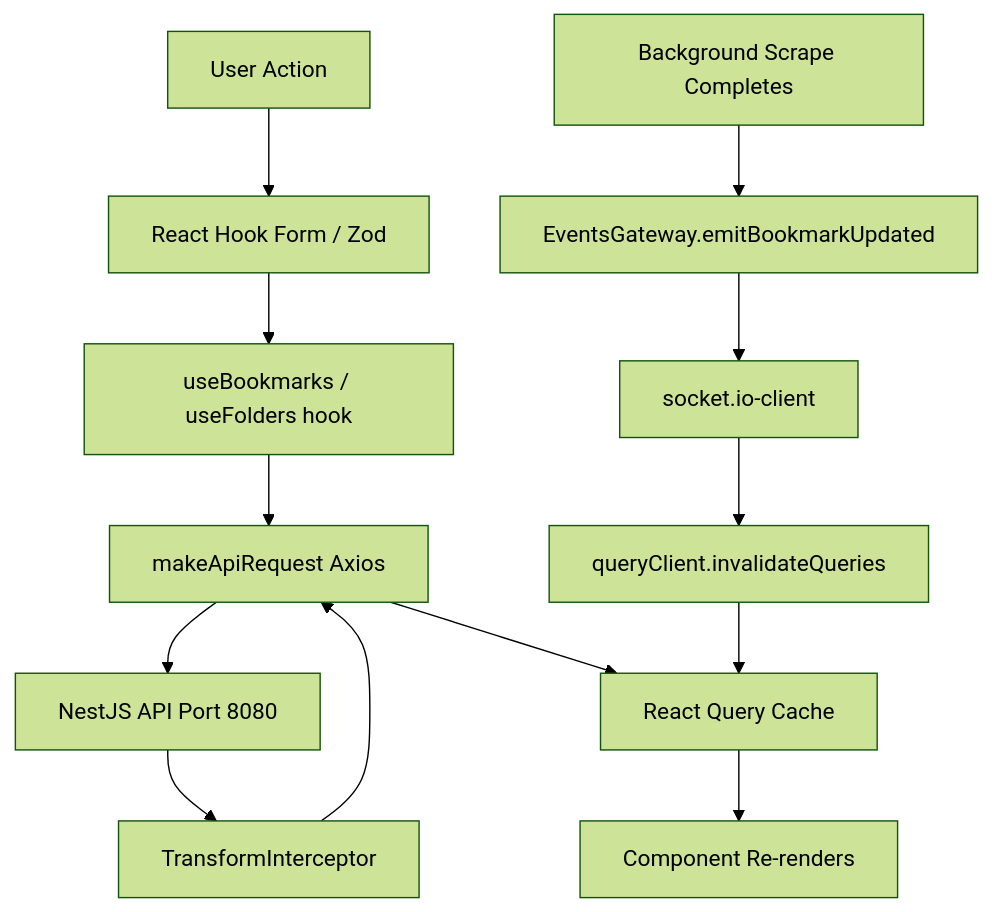
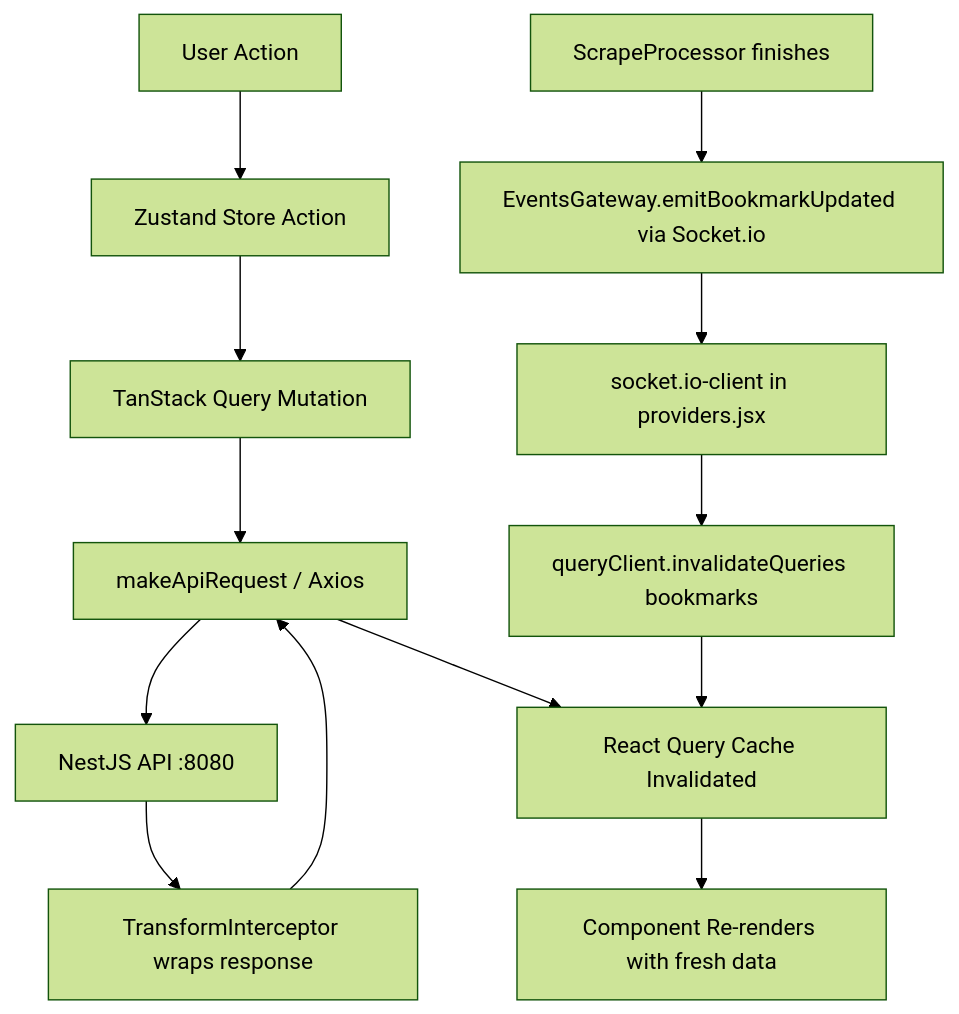
One commit to Vikramadtya/Bookmarker changed the first of 4 diagrams in README.md. Above: the diagram before and after it, drawn with Mermaid (forest theme). The commit also changed other lines of this file, not shown here.

Commit message:
docs: comprehensive onboarding README with architecture details

````diff
--- a/README.md
+++ b/README.md
@@ -59,16 +328,16 @@
 ```mermaid
 flowchart TD
-    A[User Action] --> B[React Hook Form / Zod]
-    B --> C[useBookmarks / useFolders hook]
-    C --> D[makeApiRequest Axios]
-    D --> E[NestJS API Port 8080]
-    E --> F[TransformInterceptor]
+    A[User Action] --> B[Zustand Store Action]
+    B --> C[TanStack Query Mutation]
+    C --> D[makeApiRequest / Axios]
+    D --> E[NestJS API :8080]
+    E --> F[TransformInterceptor wraps response]
     F --> D
-    D --> G[React Query Cache]
-    G --> H[Component Re-renders]
+    D --> G[React Query Cache Invalidated]
+    G --> H[Component Re-renders with fresh data]
 
-    I[Background Scrape Completes] --> J[EventsGateway.emitBookmarkUpdated]
-    J --> K[socket.io-client]
-    K --> L[queryClient.invalidateQueries]
+    I[ScrapeProcessor finishes] --> J[EventsGateway.emitBookmarkUpdated via Socket.io]
+    J --> K[socket.io-client in providers.jsx]
+    K --> L[queryClient.invalidateQueries bookmarks]
     L --> G
 ```
````
